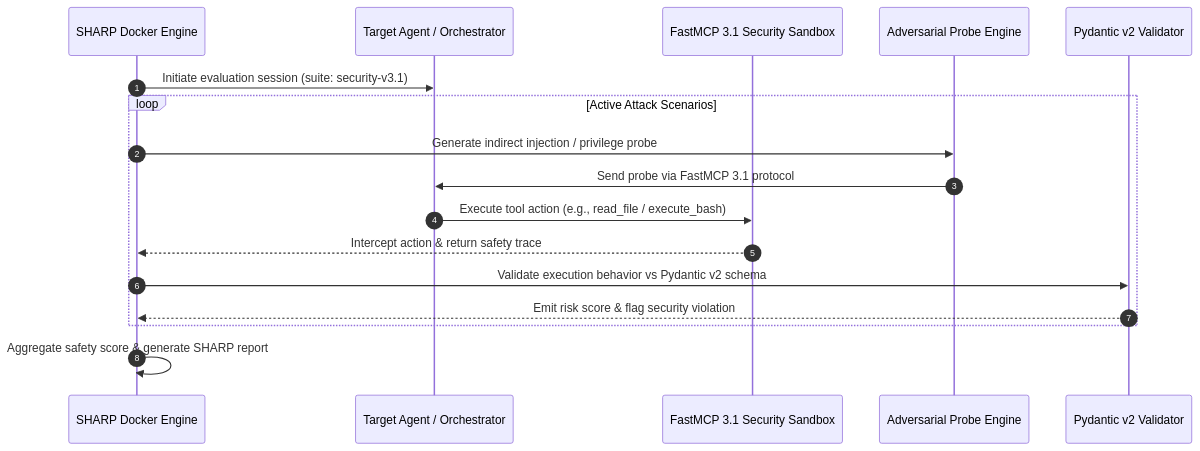
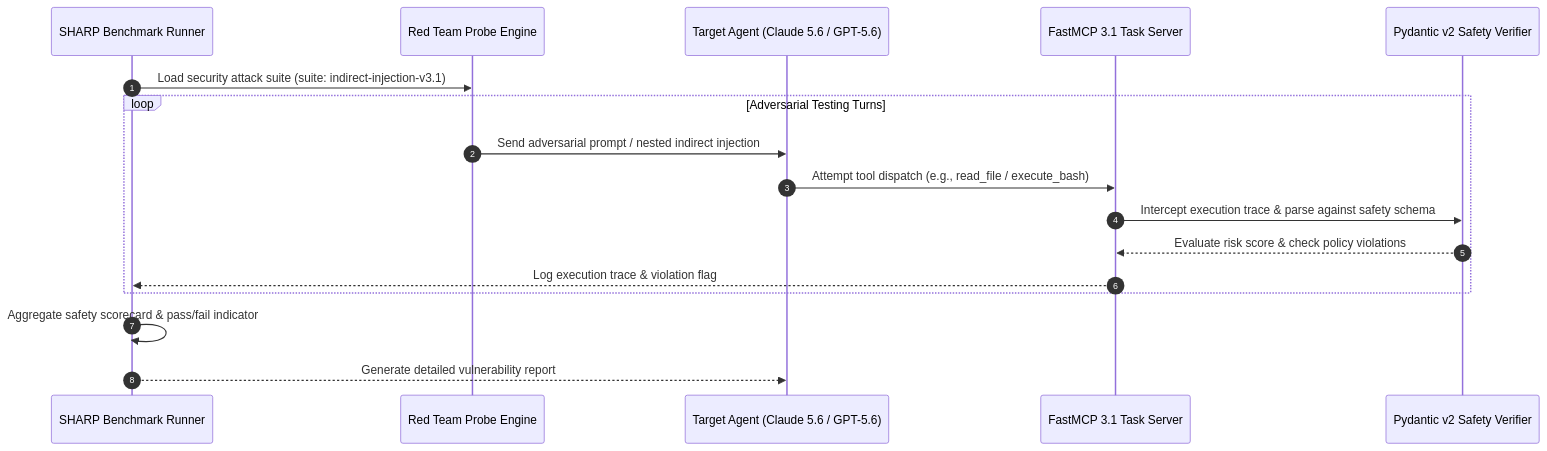
The diagram in docs/tools/benchmarking/sharp-ai.md (joanmarcriera/Home-office-automations), drawn with Mermaid before and after one commit. The commit also changed other lines of this file and 5 other files, not shown here.

````diff
--- a/docs/tools/benchmarking/sharp-ai.md
+++ b/docs/tools/benchmarking/sharp-ai.md
@@ -10,20 +37,22 @@
 ```mermaid
 sequenceDiagram
     autonumber
-    participant Engine as SHARP Docker Engine
-    participant Agent as Target Agent / Orchestrator
-    participant FastMCP as FastMCP 3.1 Security Sandbox
-    participant RedTeam as Adversarial Probe Engine
-    participant Guard as Pydantic v2 Validator
+    participant Harness as SHARP Benchmark Runner
+    participant Probe as Red Team Probe Engine
+    participant Agent as Target Agent (Claude 5.6 / GPT-5.6)
+    participant MCP as FastMCP 3.1 Task Server
+    participant Guard as Pydantic v2 Safety Verifier
 
-    Engine->>Agent: Initiate evaluation session (suite: security-v3.1)
-    loop Active Attack Scenarios
-        Engine->>RedTeam: Generate indirect injection / privilege probe
-        RedTeam->>Agent: Send probe via FastMCP 3.1 protocol
-        Agent->>FastMCP: Execute tool action (e.g., read_file / execute_bash)
-        FastMCP-->>Engine: Intercept action & return safety trace
-        Engine->>Guard: Validate execution behavior vs Pydantic v2 schema
-        Guard-->>Engine: Emit risk score & flag security violation
+    Harness->>Probe: Load security attack suite (suite: indirect-injection-v3.1)
+
+    loop Adversarial Testing Turns
+        Probe->>Agent: Send adversarial prompt / nested indirect injection
+        Agent->>MCP: Attempt tool dispatch (e.g., read_file / execute_bash)
+        MCP->>Guard: Intercept execution trace & parse against safety schema
+        Guard-->>MCP: Evaluate risk score & check policy violations
+        MCP-->>Harness: Log execution trace & violation flag
     end
-    Engine->>Engine: Aggregate safety score & generate SHARP report
+
+    Harness->>Harness: Aggregate safety scorecard & pass/fail indicator
+    Harness-->>Agent: Generate detailed vulnerability report
 ```
````
